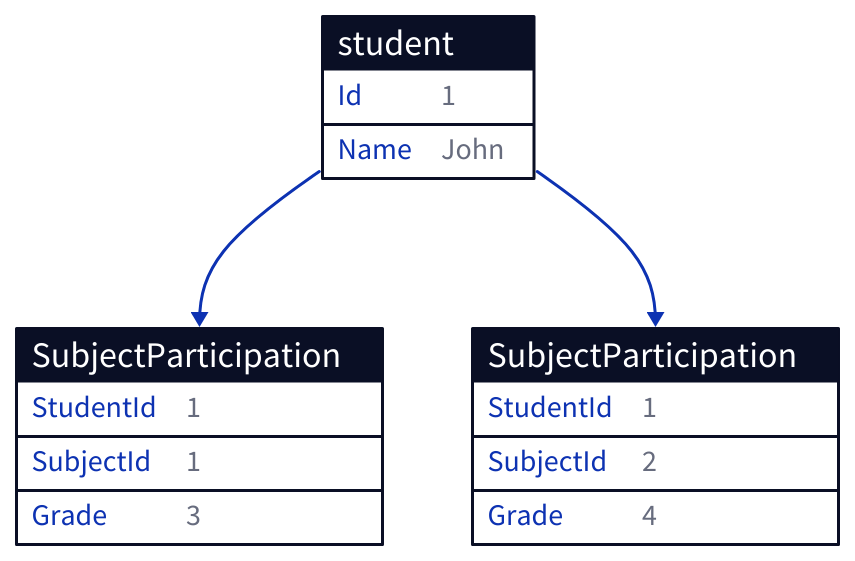
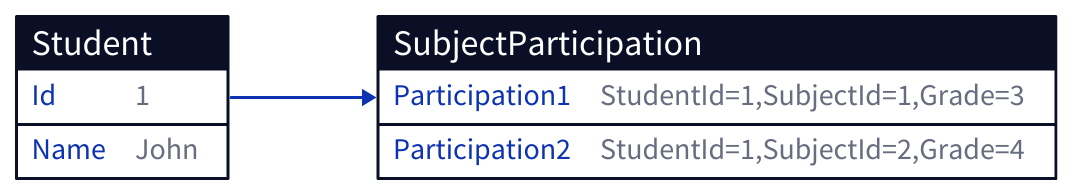
The seventh of 8 diagrams in content/data-persistence/sql-database/query-optimization.md (link1905/system-design-101), drawn with D2 before and after one commit. The commit also changed other lines of this file and 13 other files, not shown here.

````diff
--- a/content/data-persistence/sql-database/query-optimization.md
+++ b/content/data-persistence/sql-database/query-optimization.md
@@ -533,21 +540,14 @@
 ```d2
-student {
+direction: right
+student: Student {
     shape: sql_table
     Id: "1"
     Name: "John"
 }
 s1: SubjectParticipation {
     shape: sql_table
-    StudentId: "1"
-    SubjectId: "1"
-    Grade: "3"
-}
-s2: SubjectParticipation {
-    shape: sql_table
-    StudentId: "1"
-    SubjectId: "2"
-    Grade: "4"
+    Participation1: "StudentId=1,SubjectId=1,Grade=3"
+    Participation2: "StudentId=1,SubjectId=2,Grade=4"
 }
 student -> s1
-student -> s2
 ```
````
